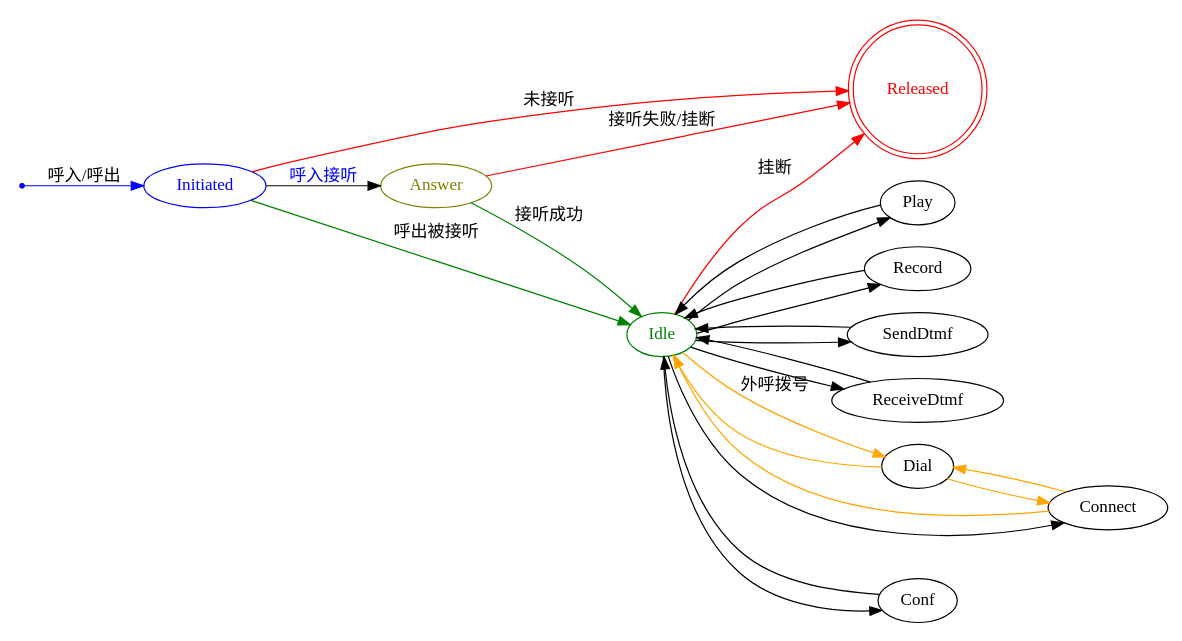
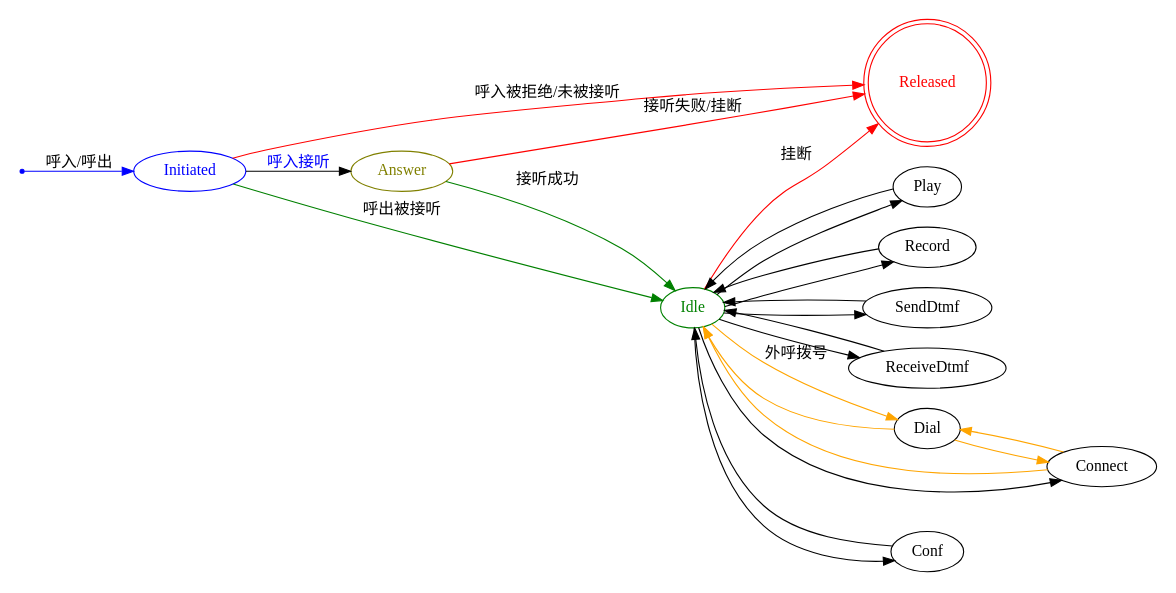
One commit to tanbro/ipsc-ccf changed the diagram in docs/api-spec/sys/call.rst. Above: the diagram before and after it, drawn with Graphviz. The commit also changed other lines of this file and 5 other files, not shown here.

```diff
--- a/docs/api-spec/sys/call.rst
+++ b/docs/api-spec/sys/call.rst
@@ -22,43 +22,43 @@
 .. graphviz::
 
   digraph CallResourceState {
 
     size="8,8";
     rankdir="LR";
 
     Start [shape=point, color=blue, fontcolor=blue];
     Initiated [color=blue, fontcolor=blue];
     Answer [color=olive, fontcolor=olive];
     Idle [color=green, fontcolor=green];
     Released [shape=doublecircle, color=red, fontcolor=red];
 
     Start -> Initiated[label="呼入/呼出", color=blue];
-    Initiated -> Released [label="未接听", color=red];
+    Initiated -> Released [label="呼入被拒绝/未被接听", color=red];
     Initiated -> Answer[label="呼入接听", fontcolor=blue];
     Initiated -> Idle [label="呼出被接听", color=green];
     Answer -> Idle [label="接听成功", color=green];
     Answer -> Released [label="接听失败/挂断", color=red];
     Idle -> Released [label="挂断", color=red];
 
     Idle -> Play;
     Play -> Idle;
 
     Idle -> Record;
     Record -> Idle;
 
     Idle -> SendDtmf;
     SendDtmf -> Idle;
 
     Idle -> ReceiveDtmf;
     ReceiveDtmf -> Idle;
 
     Idle -> Dial [label="外呼拨号", color=orange];
     Dial -> Idle [color=orange];
     Dial -> Connect [color=orange];
     Connect -> Dial [color=orange];
     Connect -> Idle [color=orange];
     Idle -> Connect;
 
     Idle -> Conf;
     Conf -> Idle;
   }
```
